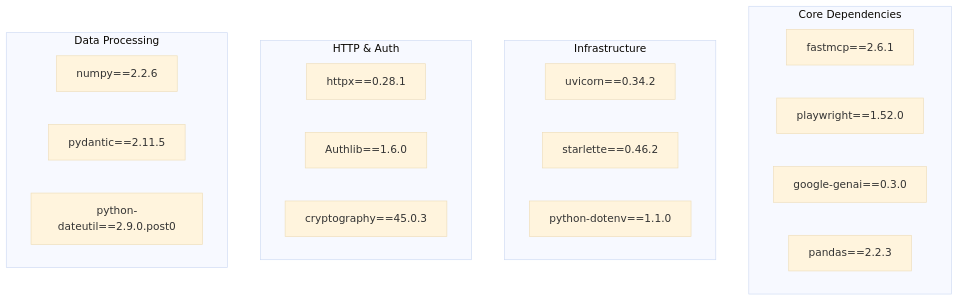
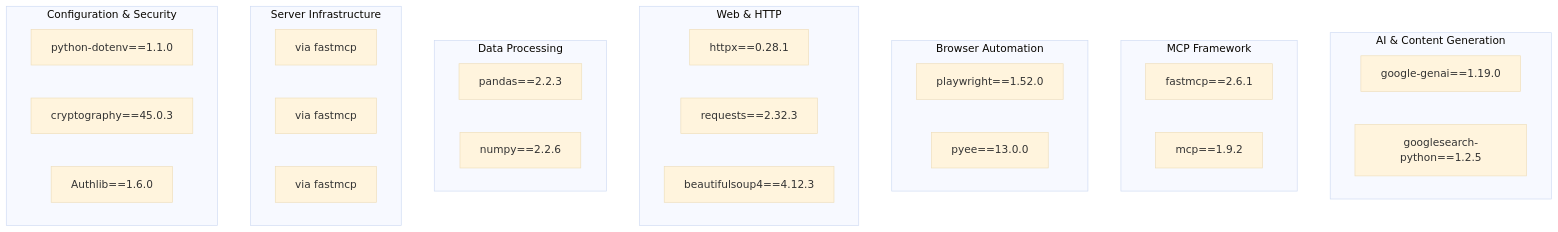
The fourth of 17 diagrams in REPOSITORY_ANALYSIS.md (narayanmishra1873/linkedin_mcp_python), drawn with Mermaid (base theme) before and after one commit. The commit also changed other lines of this file and 2 other files, not shown here.

````diff
--- a/REPOSITORY_ANALYSIS.md
+++ b/REPOSITORY_ANALYSIS.md
@@ -272,27 +365,40 @@
 ```mermaid
 flowchart TB
-    subgraph "Core Dependencies"
-        FASTMCP[fastmcp==2.6.1]
-        PLAYWRIGHT[playwright==1.52.0]
-        GEMINI[google-genai==0.3.0]
-        PANDAS[pandas==2.2.3]
+    subgraph "AI & Content Generation"
+        GEMINI[google-genai==1.19.0]
+        SEARCH[googlesearch-python==1.2.5]
     end
     
-    subgraph "Infrastructure"
-        UVICORN[uvicorn==0.34.2]
-        STARLETTE[starlette==0.46.2]
-        DOTENV[python-dotenv==1.1.0]
+    subgraph "MCP Framework"
+        FASTMCP[fastmcp==2.6.1]
+        MCP[mcp==1.9.2]
     end
     
-    subgraph "HTTP & Auth"
+    subgraph "Browser Automation"
+        PLAYWRIGHT[playwright==1.52.0]
+        PYEE[pyee==13.0.0]
+    end
+    
+    subgraph "Web & HTTP"
         HTTPX[httpx==0.28.1]
-        AUTHLIB[Authlib==1.6.0]
-        CRYPTOGRAPHY[cryptography==45.0.3]
+        REQUESTS[requests==2.32.3]
+        BS4[beautifulsoup4==4.12.3]
     end
     
     subgraph "Data Processing"
+        PANDAS[pandas==2.2.3]
         NUMPY[numpy==2.2.6]
-        PYDANTIC[pydantic==2.11.5]
-        DATEUTIL[python-dateutil==2.9.0.post0]
+    end
+    
+    subgraph "Server Infrastructure"
+        UVICORN[via fastmcp]
+        STARLETTE[via fastmcp]
+        FASTAPI[via fastmcp]
+    end
+    
+    subgraph "Configuration & Security"
+        DOTENV[python-dotenv==1.1.0]
+        CRYPTOGRAPHY[cryptography==45.0.3]
+        AUTHLIB[Authlib==1.6.0]
     end
 ```
````
